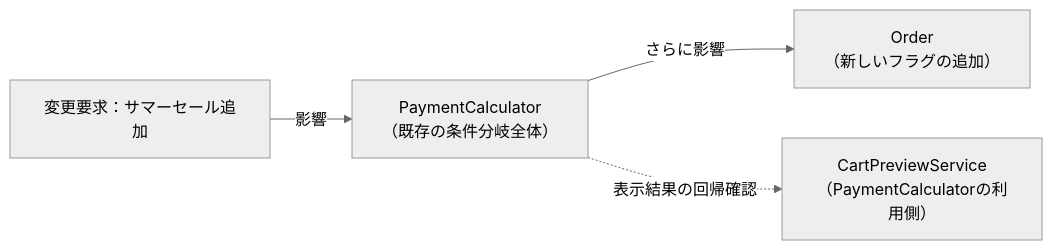
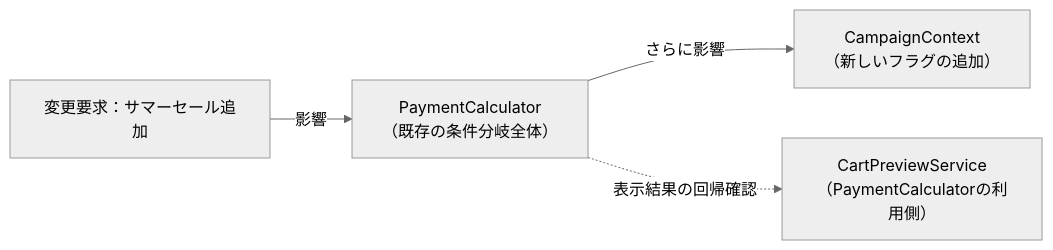
The second of 5 diagrams in kindle/design-patterns/output/chapter01.md (kumachan1101-pixel/DesignPattern), drawn with Mermaid (neutral theme) before and after one commit. The commit also changed other lines of this file, not shown here.

````diff
--- a/kindle/design-patterns/output/chapter01.md
+++ b/kindle/design-patterns/output/chapter01.md
@@ -392,6 +397,6 @@
 ```mermaid
 graph LR
     T1["変更要求：サマーセール追加"] -->|影響| A["PaymentCalculator<br>（既存の条件分岐全体）"]
-    A -->|さらに影響| B["Order<br>（新しいフラグの追加）"]
+    A -->|さらに影響| B["CampaignContext<br>（新しいフラグの追加）"]
     A -.->|表示結果の回帰確認| C["CartPreviewService<br>（PaymentCalculatorの利用側）"]
 ```
````
